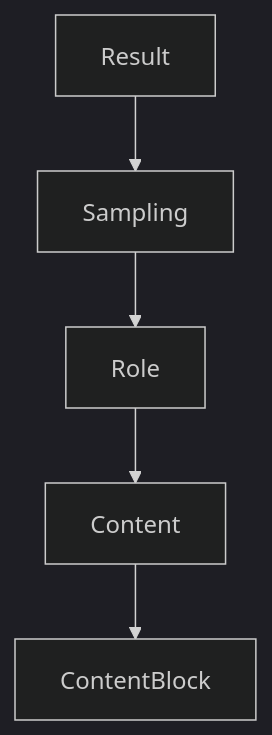
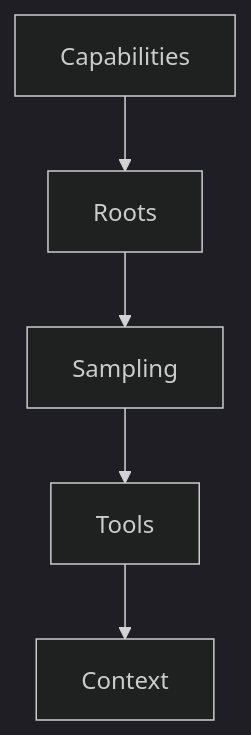
Before and after one commit to johnxie/awesome-code-docs: the diagram in tutorials/mcp-swift-sdk-tutorial/02-client-transport-and-capability-negotiation.md, drawn with Mermaid (dark theme). The commit also changed other lines of this file and 1232 other files, not shown here.

````diff
--- a/tutorials/mcp-swift-sdk-tutorial/02-client-transport-and-capability-negotiation.md
+++ b/tutorials/mcp-swift-sdk-tutorial/02-client-transport-and-capability-negotiation.md
@@ -212,12 +210,12 @@
 ```mermaid
 flowchart TD
-    A[Result]
-    B[Sampling]
-    C[Role]
-    D[Content]
-    E[ContentBlock]
+    A[Capabilities]
+    B[Roots]
+    C[Sampling]
+    D[Tools]
+    E[Context]
     A --> B
     B --> C
     C --> D
     D --> E
 ```
````
